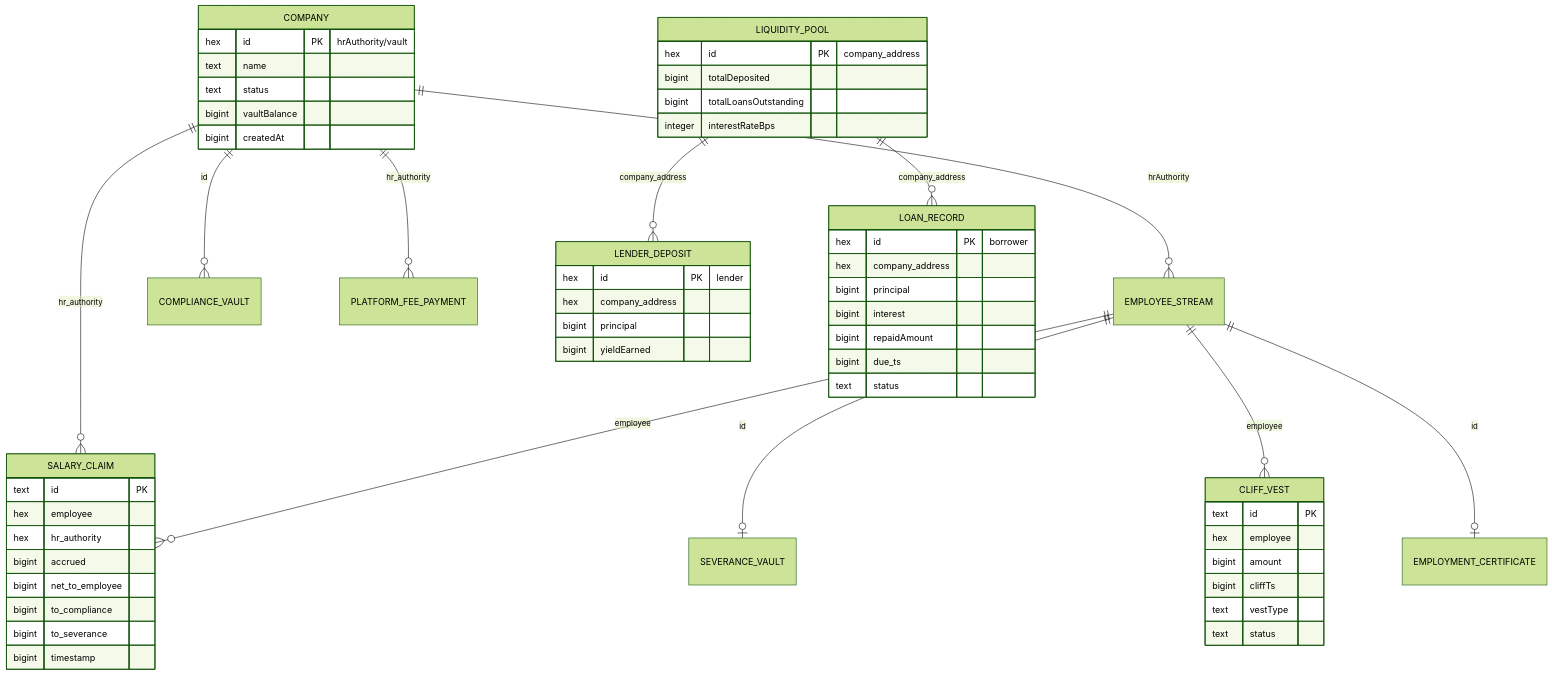
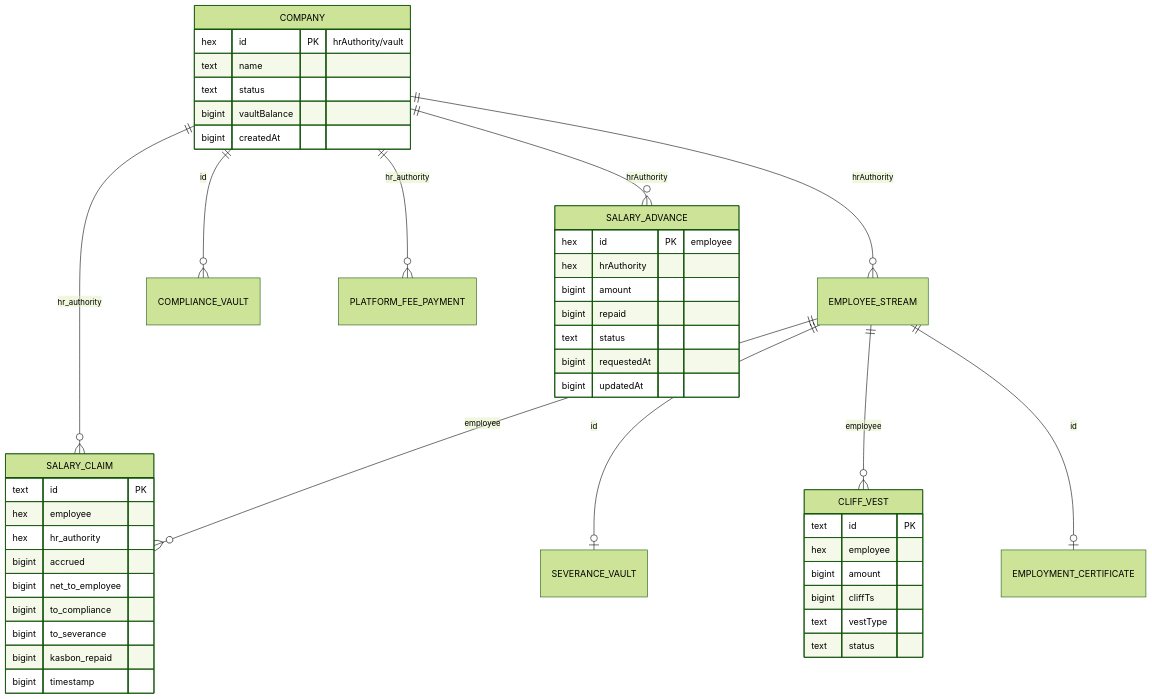
Before and after one commit to skripsi-payroll-dapp/docs: diagram 12 of 40 in docs/DPPL.md, drawn with Mermaid (forest theme). The commit also changed other lines of this file and 8 other files, not shown here.

````diff
--- a/docs/DPPL.md
+++ b/docs/DPPL.md
@@ -1534,60 +1239,48 @@
 ```mermaid
 erDiagram
     COMPANY ||--o{ EMPLOYEE_STREAM : hrAuthority
     COMPANY ||--o{ SALARY_CLAIM : hr_authority
     COMPANY ||--o{ COMPLIANCE_VAULT : id
     COMPANY ||--o{ PLATFORM_FEE_PAYMENT : hr_authority
     EMPLOYEE_STREAM ||--o{ SALARY_CLAIM : employee
     EMPLOYEE_STREAM ||--o| SEVERANCE_VAULT : id
     EMPLOYEE_STREAM ||--o{ CLIFF_VEST : employee
     EMPLOYEE_STREAM ||--o| EMPLOYMENT_CERTIFICATE : id
-    LIQUIDITY_POOL ||--o{ LENDER_DEPOSIT : company_address
-    LIQUIDITY_POOL ||--o{ LOAN_RECORD : company_address
+    COMPANY ||--o{ SALARY_ADVANCE : hrAuthority
 
     COMPANY {
         hex id PK "hrAuthority/vault"
         text name
         text status
         bigint vaultBalance
         bigint createdAt
     }
     SALARY_CLAIM {
         text id PK
         hex employee
         hex hr_authority
         bigint accrued
         bigint net_to_employee
         bigint to_compliance
         bigint to_severance
+        bigint kasbon_repaid
         bigint timestamp
     }
-    LIQUIDITY_POOL {
-        hex id PK "company_address"
-        bigint totalDeposited
-        bigint totalLoansOutstanding
-        integer interestRateBps
-    }
-    LOAN_RECORD {
-        hex id PK "borrower"
-        hex company_address
-        bigint principal
-        bigint interest
-        bigint repaidAmount
-        bigint due_ts
+    SALARY_ADVANCE {
+        hex id PK "employee"
+        hex hrAuthority
+        bigint amount
+        bigint repaid
         text status
-    }
-    LENDER_DEPOSIT {
-        hex id PK "lender"
-        hex company_address
-        bigint principal
-        bigint yieldEarned
+        bigint requestedAt
+        bigint updatedAt
     }
     CLIFF_VEST {
         text id PK
         hex employee
         bigint amount
         bigint cliffTs
         text vestType
         text status
     }
 ```
````
